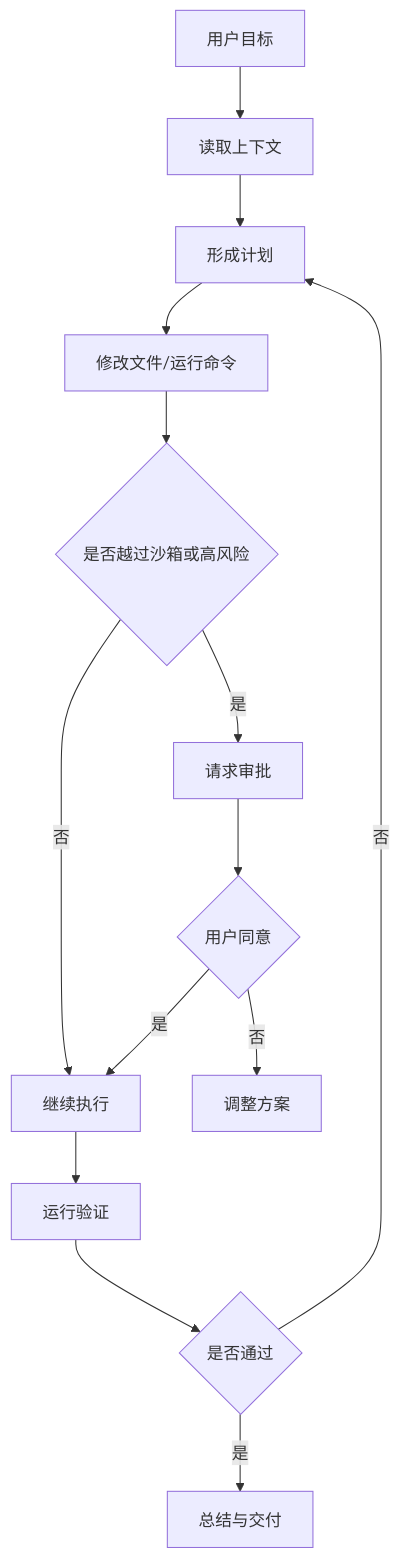
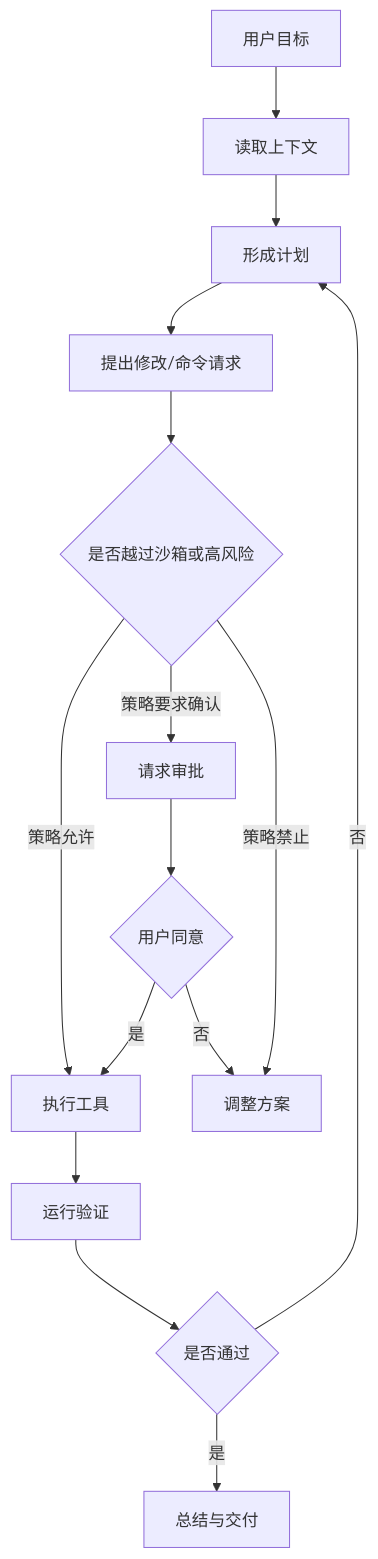
One commit to GuoWWWX/knowledge-base changed the diagram in 10-AI应用开发/09-标杆产品拆解/Codex/03-Codex执行模型-线程-沙箱-审批.md. Above: the diagram before and after it, drawn with Mermaid. The commit also changed other lines of this file and 251 other files, not shown here.

````diff
--- a/10-AI应用开发/09-标杆产品拆解/Codex/03-Codex执行模型-线程-沙箱-审批.md
+++ b/10-AI应用开发/09-标杆产品拆解/Codex/03-Codex执行模型-线程-沙箱-审批.md
@@ -62,16 +62,17 @@
 ```mermaid
 flowchart TD
     A[用户目标] --> B[读取上下文]
     B --> C[形成计划]
-    C --> D[修改文件/运行命令]
+    C --> D[提出修改/命令请求]
     D --> E{是否越过沙箱或高风险}
-    E -->|否| F[继续执行]
-    E -->|是| G[请求审批]
+    E -->|策略允许| F[执行工具]
+    E -->|策略要求确认| G[请求审批]
+    E -->|策略禁止| I[调整方案]
     G --> H{用户同意}
     H -->|是| F
     H -->|否| I[调整方案]
     F --> J[运行验证]
     J --> K{是否通过}
     K -->|否| C
     K -->|是| L[总结与交付]
 ```
````
